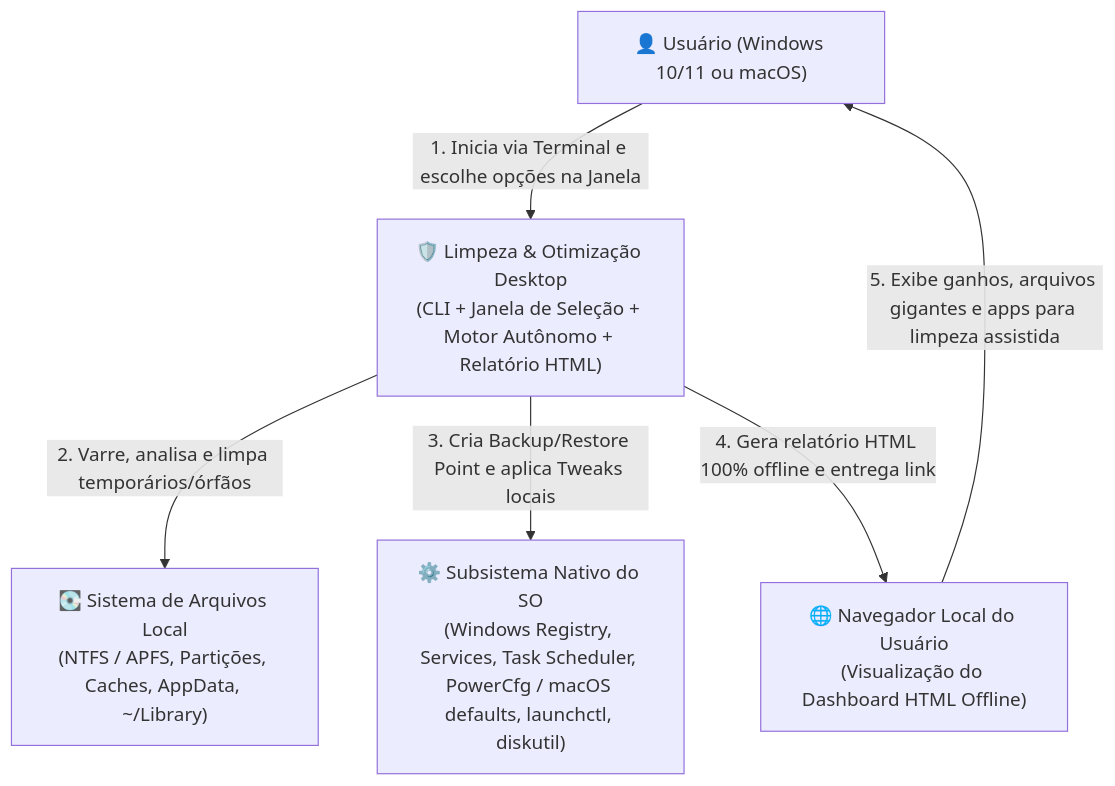
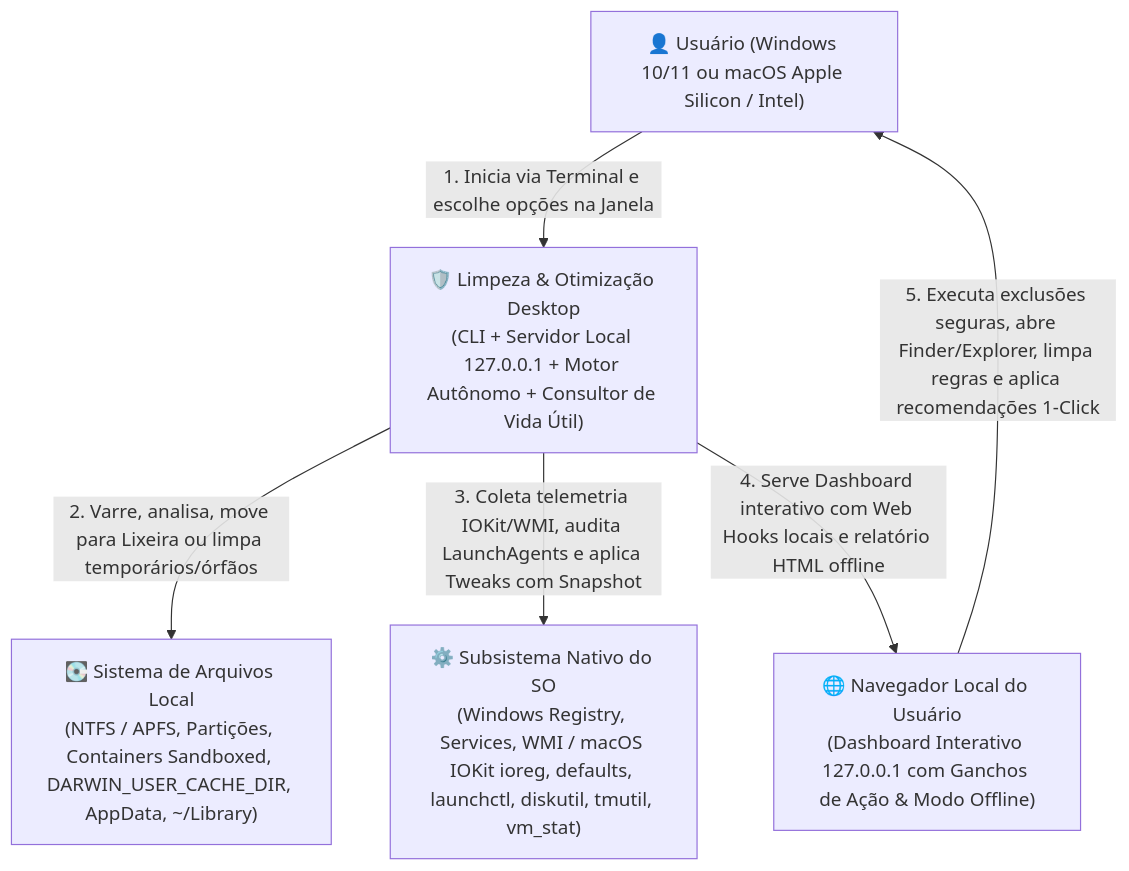
The second of 5 diagrams in docs/architecture/01-SYSTEM-DESIGN-C4.md (abdielcordeiro/limpeza-desktop), drawn with Mermaid before and after one commit. The commit also changed other lines of this file and 20 other files, not shown here.

First line of the commit message:
feat(macos): implement deep clean, web hooks, longevity health score and security guardrails

````diff
--- a/docs/architecture/01-SYSTEM-DESIGN-C4.md
+++ b/docs/architecture/01-SYSTEM-DESIGN-C4.md
@@ -45,14 +49,14 @@
 ```mermaid
 flowchart TD
-    User["👤 Usuário (Windows 10/11 ou macOS)"]
-    System["🛡️ Limpeza & Otimização Desktop<br/>(CLI + Janela de Seleção + Motor Autônomo + Relatório HTML)"]
-    OS_FS["💽 Sistema de Arquivos Local<br/>(NTFS / APFS, Partições, Caches, AppData, ~/Library)"]
-    OS_Kernel["⚙️ Subsistema Nativo do SO<br/>(Windows Registry, Services, Task Scheduler, PowerCfg / macOS defaults, launchctl, diskutil)"]
-    Browser["🌐 Navegador Local do Usuário<br/>(Visualização do Dashboard HTML Offline)"]
+    User["👤 Usuário (Windows 10/11 ou macOS Apple Silicon / Intel)"]
+    System["🛡️ Limpeza & Otimização Desktop<br/>(CLI + Servidor Local 127.0.0.1 + Motor Autônomo + Consultor de Vida Útil)"]
+    OS_FS["💽 Sistema de Arquivos Local<br/>(NTFS / APFS, Partições, Containers Sandboxed, DARWIN_USER_CACHE_DIR, AppData, ~/Library)"]
+    OS_Kernel["⚙️ Subsistema Nativo do SO<br/>(Windows Registry, Services, WMI / macOS IOKit ioreg, defaults, launchctl, diskutil, tmutil, vm_stat)"]
+    Browser["🌐 Navegador Local do Usuário<br/>(Dashboard Interativo 127.0.0.1 com Ganchos de Ação & Modo Offline)"]
 
     User -->|"1. Inicia via Terminal e escolhe opções na Janela"| System
-    System -->|"2. Varre, analisa e limpa temporários/órfãos"| OS_FS
-    System -->|"3. Cria Backup/Restore Point e aplica Tweaks locais"| OS_Kernel
-    System -->|"4. Gera relatório HTML 100% offline e entrega link"| Browser
-    Browser -->|"5. Exibe ganhos, arquivos gigantes e apps para limpeza assistida"| User
+    System -->|"2. Varre, analisa, move para Lixeira ou limpa temporários/órfãos"| OS_FS
+    System -->|"3. Coleta telemetria IOKit/WMI, audita LaunchAgents e aplica Tweaks com Snapshot"| OS_Kernel
+    System -->|"4. Serve Dashboard interativo com Web Hooks locais e relatório HTML offline"| Browser
+    Browser -->|"5. Executa exclusões seguras, abre Finder/Explorer, limpa regras e aplica recomendações 1-Click"| User
 ```
````
